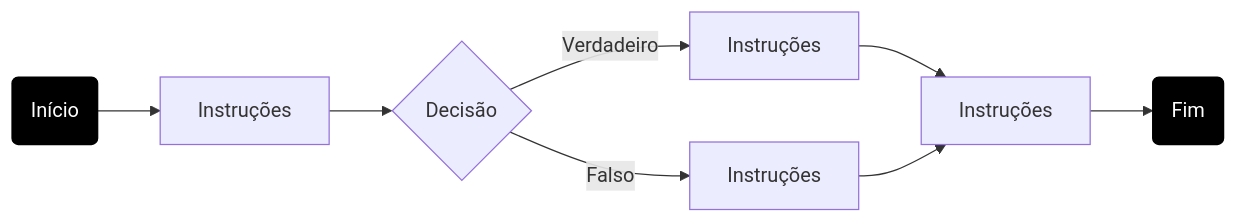
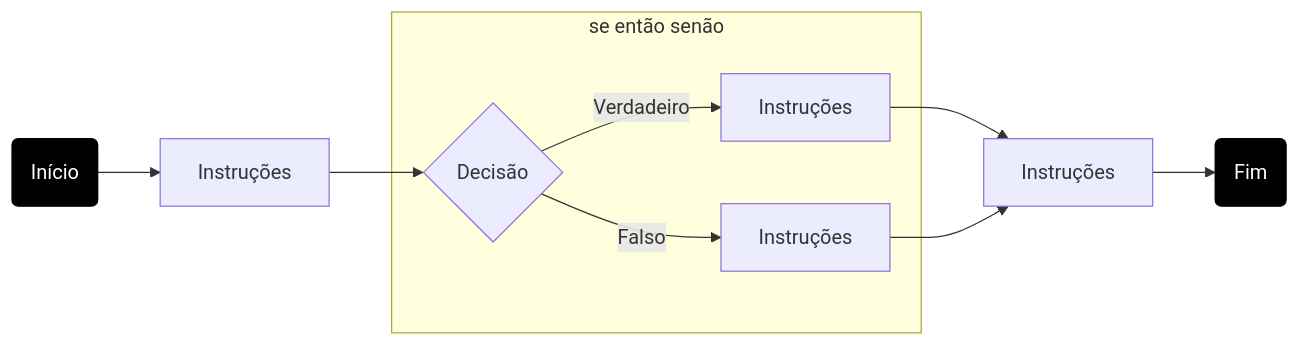
Before and after one commit to yuriMartinst/linguagem-java: the second of 9 diagrams in 08.md, drawn with Mermaid. The commit also changed other lines of this file, not shown here.

````diff
--- a/08.md
+++ b/08.md
@@ -29,14 +31,16 @@
 ```mermaid
 
 flowchart LR
     inicio(Início) --> A
     A[Instruções] --> C{Decisão}
+    subgraph se então senão
     C -->|Verdadeiro| D[Instruções]
     C -->|Falso| E[Instruções]
+    end
     D --> F[Instruções]
     E --> F[Instruções]
     F --> fim(Fim)
 
 style inicio fill:#000,stroke:#000,color:#fff
 style fim fill:#000,stroke:#000,color:#fff
 ```
````
